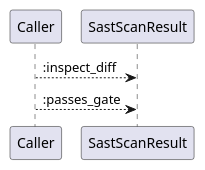
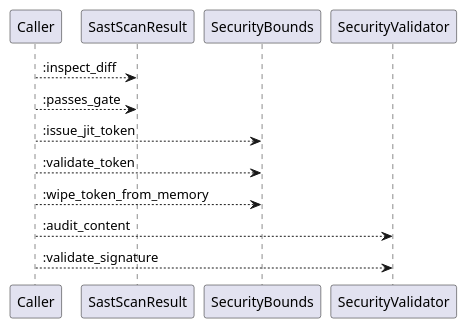
The fifth of 6 diagrams in openwiki/crates_factory_core_src_security.md (lgcorzo/rust_CACD_autonomous_factory), drawn with PlantUML before and after one commit. The commit also changed other lines of this file and 96 other files, not shown here.

````diff
--- a/openwiki/crates_factory_core_src_security.md
+++ b/openwiki/crates_factory_core_src_security.md
@@ -339,7 +491,12 @@
 ```plantuml
 @startuml
 Caller --> SastScanResult::inspect_diff
 Caller --> SastScanResult::passes_gate
+Caller --> SecurityBounds::issue_jit_token
+Caller --> SecurityBounds::validate_token
+Caller --> SecurityBounds::wipe_token_from_memory
+Caller --> SecurityValidator::audit_content
+Caller --> SecurityValidator::validate_signature
 @enduml
 
 ```
````
